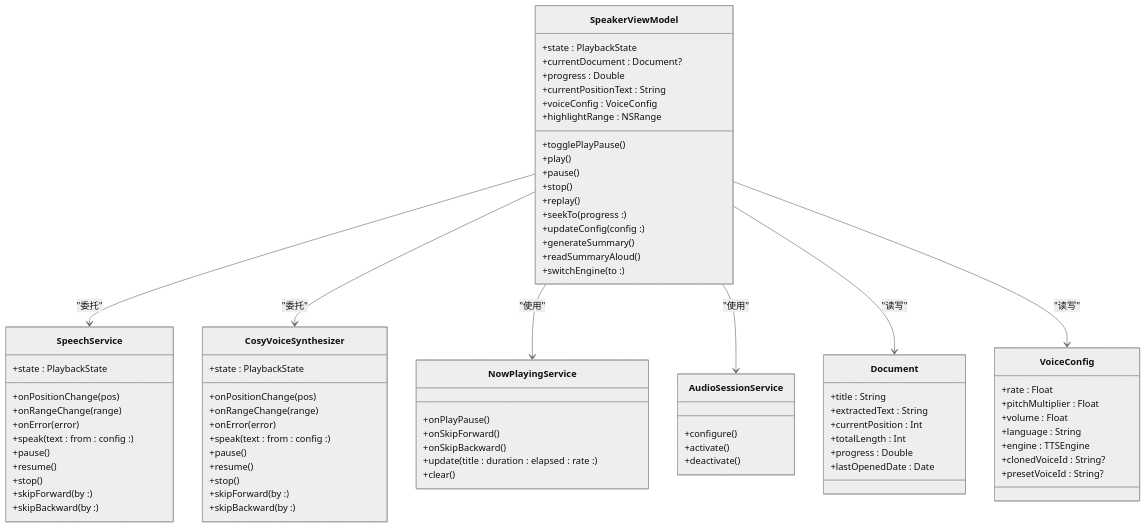
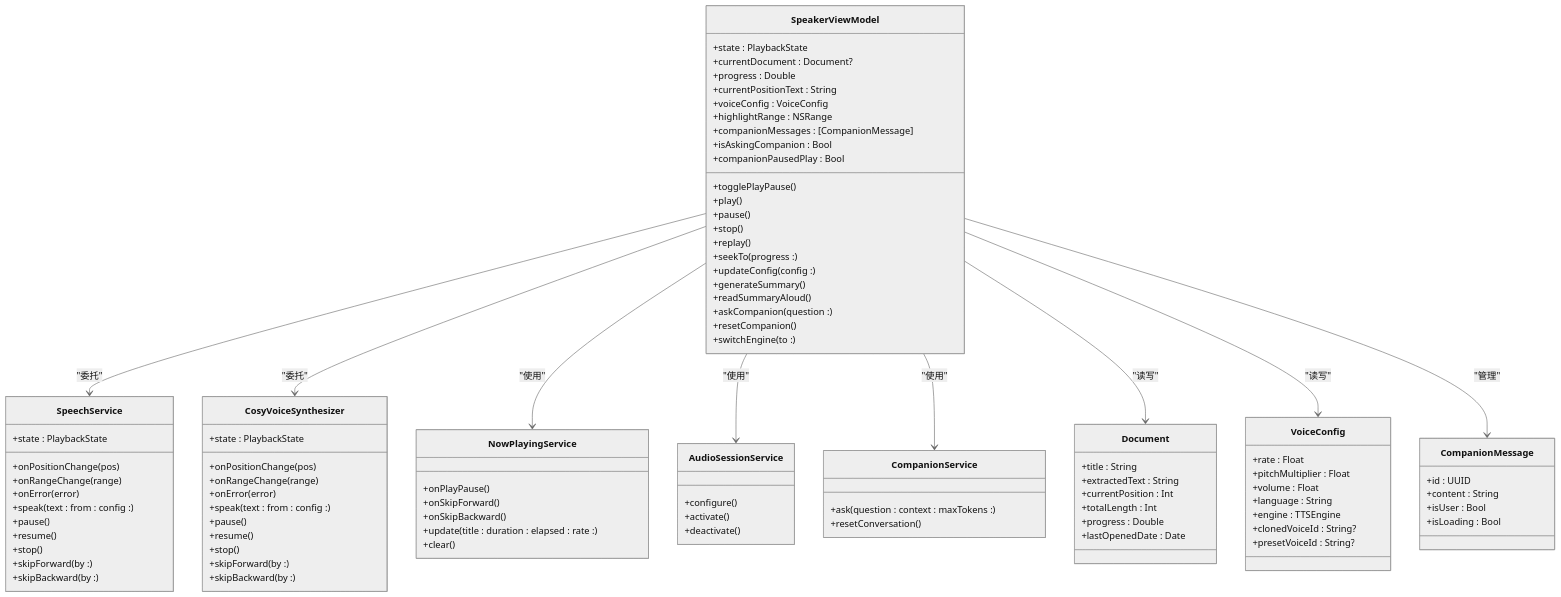
The tenth of 11 diagrams in .qoder/repowiki/zh/content/架构设计/状态管理.md (Primoguo/Knowledge), drawn with Mermaid (neutral theme) before and after one commit. The commit also changed other lines of this file and 32 other files, not shown here.

````diff
--- a/.qoder/repowiki/zh/content/架构设计/状态管理.md
+++ b/.qoder/repowiki/zh/content/架构设计/状态管理.md
@@ -326,6 +422,9 @@
 +currentPositionText : String
 +voiceConfig : VoiceConfig
 +highlightRange : NSRange
++companionMessages : [CompanionMessage]
++isAskingCompanion : Bool
++companionPausedPlay : Bool
 +togglePlayPause()
 +play()
 +pause()
@@ -335,6 +434,8 @@
 +updateConfig(config : )
 +generateSummary()
 +readSummaryAloud()
++askCompanion(question : )
++resetCompanion()
 +switchEngine(to : )
 }
 class SpeechService {
@@ -373,6 +474,16 @@
 +activate()
 +deactivate()
 }
+class CompanionService {
++ask(question : context : maxTokens : )
++resetConversation()
+}
+class CompanionMessage {
++id : UUID
++content : String
++isUser : Bool
++isLoading : Bool
+}
 class Document {
 +title : String
 +extractedText : String
@@ -394,6 +505,8 @@
 SpeakerViewModel --> CosyVoiceSynthesizer : "委托"
 SpeakerViewModel --> NowPlayingService : "使用"
 SpeakerViewModel --> AudioSessionService : "使用"
+SpeakerViewModel --> CompanionService : "使用"
 SpeakerViewModel --> Document : "读写"
 SpeakerViewModel --> VoiceConfig : "读写"
+SpeakerViewModel --> CompanionMessage : "管理"
 ```
````
